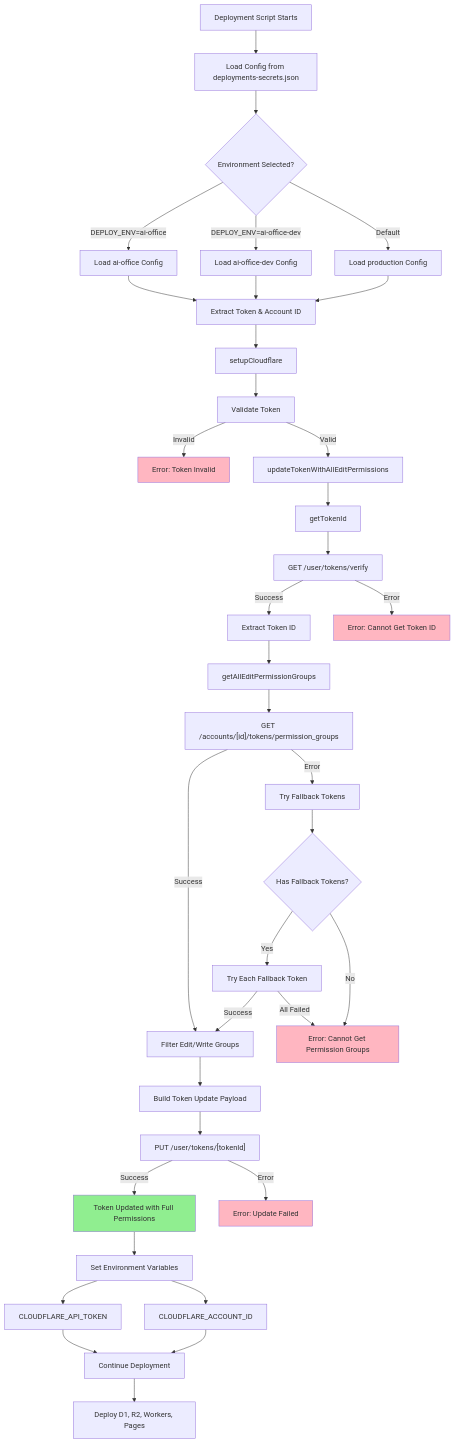
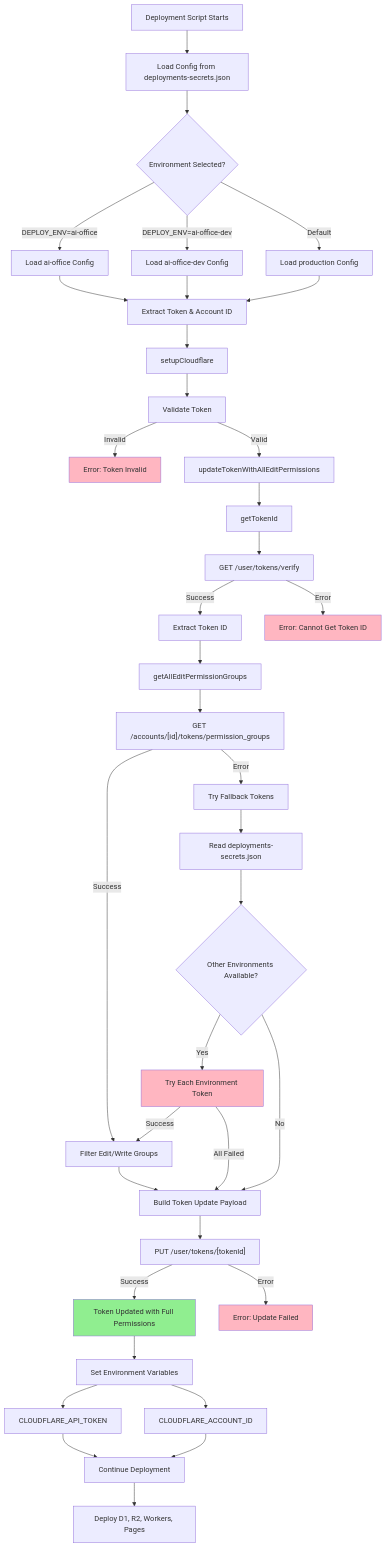
Before and after one commit to chungminhtu/AI_FaceSwap_Cloudflare_Backend: the first of 6 diagrams in _deploy-cli-cloudflare-gcp/CLOUDFLARE_TOKEN_AUTO_UPDATE_GUIDE.md, drawn with Mermaid. The commit also changed other lines of this file and 2 other files, not shown here.

First line of the commit message:
Update Cloudflare Token Auto Update Guide and Security Performance Documentation

````diff
--- a/_deploy-cli-cloudflare-gcp/CLOUDFLARE_TOKEN_AUTO_UPDATE_GUIDE.md
+++ b/_deploy-cli-cloudflare-gcp/CLOUDFLARE_TOKEN_AUTO_UPDATE_GUIDE.md
@@ -67,52 +67,53 @@
 ```mermaid
 flowchart TD
     A[Deployment Script Starts] --> B[Load Config from deployments-secrets.json]
     B --> C{Environment Selected?}
     C -->|DEPLOY_ENV=ai-office| D[Load ai-office Config]
     C -->|DEPLOY_ENV=ai-office-dev| E[Load ai-office-dev Config]
     C -->|Default| F[Load production Config]
     
     D --> G[Extract Token & Account ID]
     E --> G
     F --> G
     
     G --> H[setupCloudflare]
     H --> I[Validate Token]
     I -->|Invalid| J[Error: Token Invalid]
     I -->|Valid| K[updateTokenWithAllEditPermissions]
     
     K --> L[getTokenId]
     L --> M[GET /user/tokens/verify]
     M -->|Success| N[Extract Token ID]
     M -->|Error| O[Error: Cannot Get Token ID]
     
     N --> P[getAllEditPermissionGroups]
     P --> Q["GET /accounts/[id]/tokens/permission_groups"]
     Q -->|Success| R[Filter Edit/Write Groups]
     Q -->|Error| S[Try Fallback Tokens]
     
-    S --> T{Has Fallback Tokens?}
-    T -->|Yes| U[Try Each Fallback Token]
-    T -->|No| V[Error: Cannot Get Permission Groups]
-    U -->|Success| R
-    U -->|All Failed| V
+    S --> T[Read deployments-secrets.json]
+    T --> U{Other Environments Available?}
+    U -->|Yes| V[Try Each Environment Token]
+    U -->|No| W[Error: Cannot Get Permission Groups]
+    V -->|Success| R
+    V -->|All Failed| W
     
     R --> W[Build Token Update Payload]
     W --> X["PUT /user/tokens/[tokenId]"]
     X -->|Success| Y[Token Updated with Full Permissions]
     X -->|Error| Z[Error: Update Failed]
     
     Y --> AA[Set Environment Variables]
     AA --> AB[CLOUDFLARE_API_TOKEN]
     AA --> AC[CLOUDFLARE_ACCOUNT_ID]
     
     AB --> AD[Continue Deployment]
     AC --> AD
     AD --> AE[Deploy D1, R2, Workers, Pages]
     
     style Y fill:#90EE90
     style J fill:#FFB6C1
     style O fill:#FFB6C1
     style V fill:#FFB6C1
     style Z fill:#FFB6C1
 ```
````
